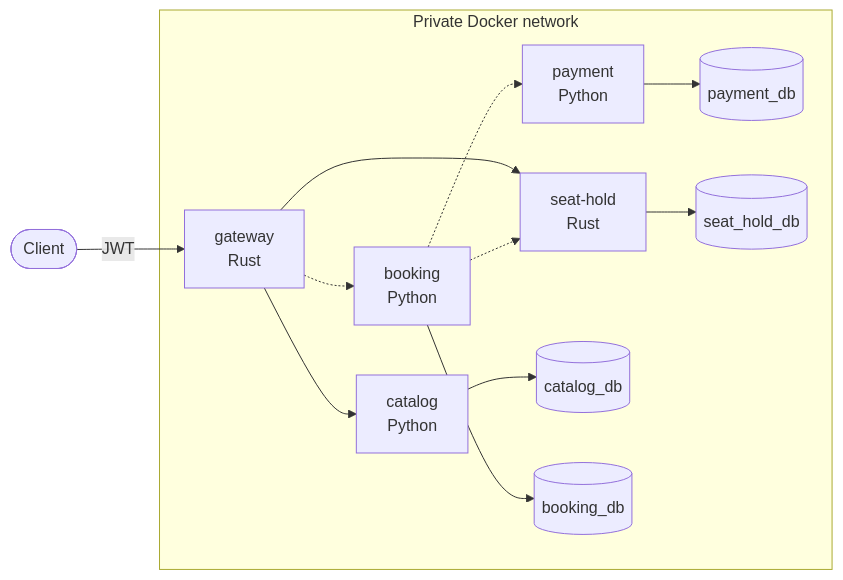
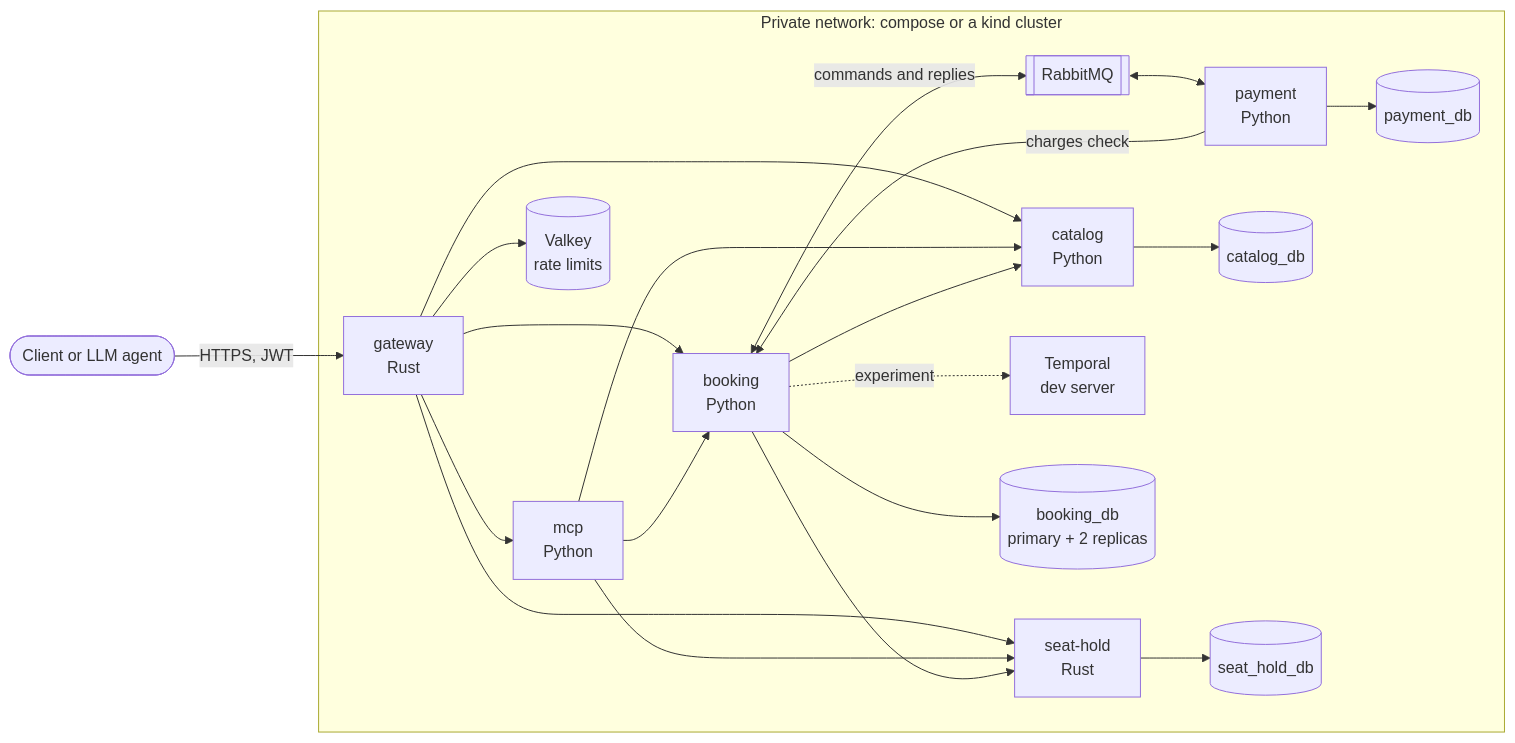
Before and after one commit to bzadorozhnyi/ticketing: the diagram in README.md, drawn with Mermaid. The commit also changed other lines of this file and 7 other files, not shown here.

Commit message:
TIK-115 Added Temporal's dev server as an experiment (#103)

````diff
--- a/README.md
+++ b/README.md
@@ -13,17 +21,24 @@
 ```mermaid
 flowchart LR
-    client([Client]) -->|JWT| gateway
+    client([Client or LLM agent]) -->|HTTPS, JWT| gateway
 
-    subgraph network[Private Docker network]
+    subgraph network[Private network: compose or a kind cluster]
         gateway[gateway<br/>Rust] --> catalog[catalog<br/>Python]
-        gateway -.-> booking[booking<br/>Python]
         gateway --> seathold[seat-hold<br/>Rust]
-        booking -.-> seathold
-        booking -.-> payment[payment<br/>Python]
+        gateway --> booking[booking<br/>Python]
+        gateway --> mcp[mcp<br/>Python]
+        gateway --> valkey[(Valkey<br/>rate limits)]
+        mcp --> catalog & seathold & booking
+        booking --> seathold
+        booking --> catalog
+        booking <-->|commands and replies| rabbitmq[[RabbitMQ]]
+        rabbitmq <--> payment[payment<br/>Python]
+        payment -->|charges check| booking
+        booking -.->|experiment| temporal[Temporal<br/>dev server]
 
         catalog --> catalogdb[(catalog_db)]
-        booking --> bookingdb[(booking_db)]
+        booking --> bookingdb[(booking_db<br/>primary + 2 replicas)]
         payment --> paymentdb[(payment_db)]
         seathold --> seatholddb[(seat_hold_db)]
     end
 ```
````
